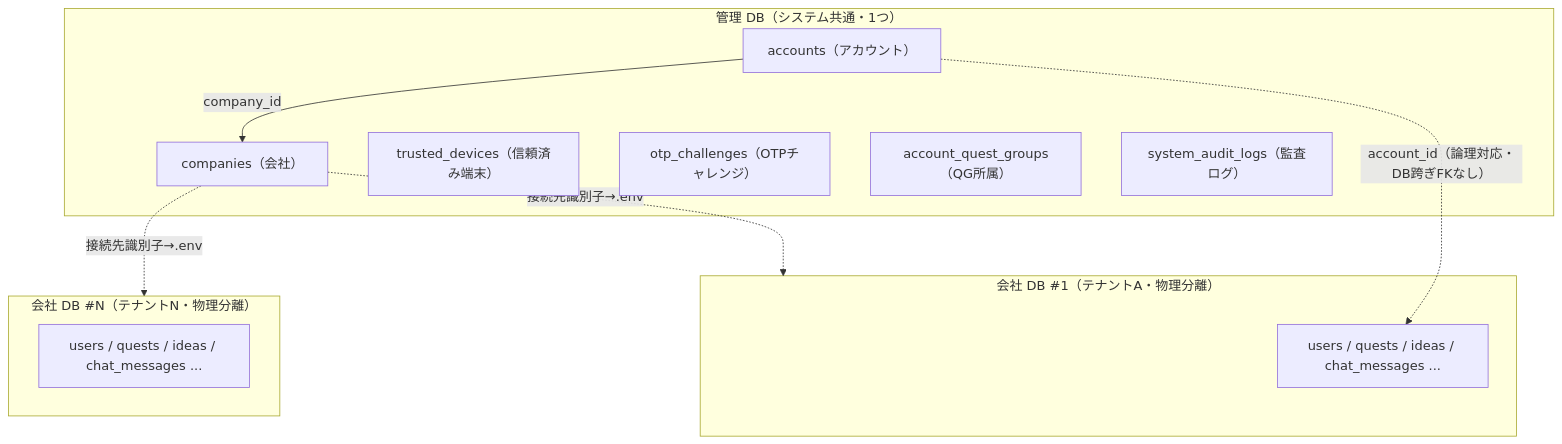
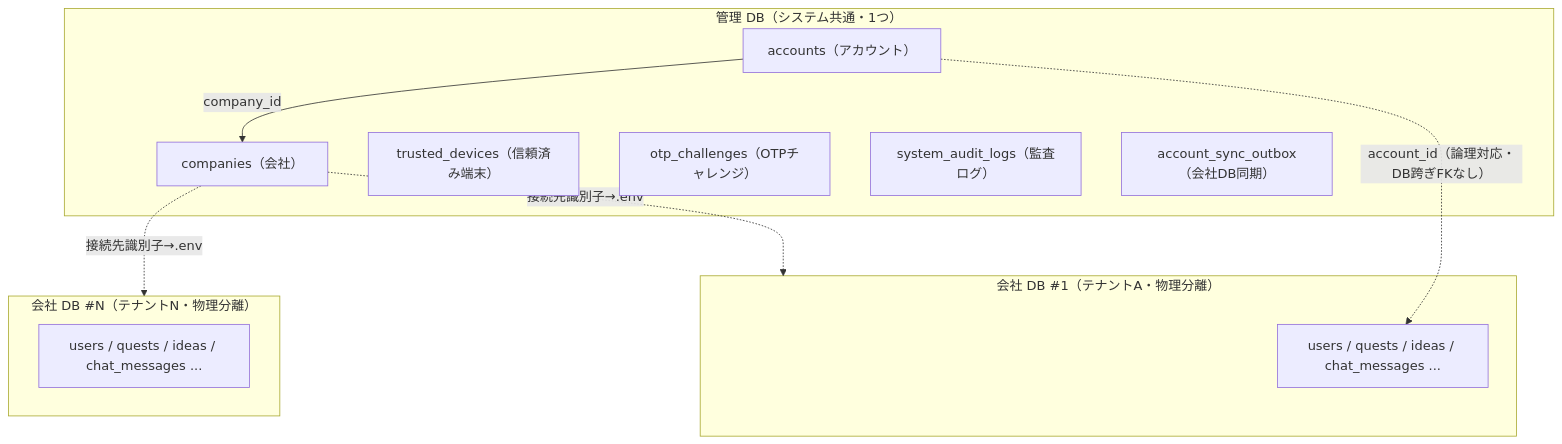
One commit to t-umekawa-sc/sc-ideaquest-G2 changed the first of 4 diagrams in doc/データモデル.md. Above: the diagram before and after it, drawn with Mermaid. The commit also changed other lines of this file and 4 other files, not shown here.

````diff
--- a/doc/データモデル.md
+++ b/doc/データモデル.md
@@ -35,21 +35,21 @@
 ```mermaid
 flowchart TB
   subgraph CP["管理 DB（システム共通・1つ）"]
     companies["companies（会社）"]
     accounts["accounts（アカウント）"]
     trusted_devices["trusted_devices（信頼済み端末）"]
     otp_challenges["otp_challenges（OTPチャレンジ）"]
-    account_quest_groups["account_quest_groups（QG所属）"]
     system_audit_logs["system_audit_logs（監査ログ）"]
+    account_sync_outbox["account_sync_outbox（会社DB同期）"]
   end
   subgraph DP1["会社 DB #1（テナントA・物理分離）"]
     UserA["users / quests / ideas / chat_messages ..."]
   end
   subgraph DP2["会社 DB #N（テナントN・物理分離）"]
     UserN["users / quests / ideas / chat_messages ..."]
   end
   accounts -->|company_id| companies
   companies -.->|接続先識別子→.env| DP1
   companies -.->|接続先識別子→.env| DP2
   accounts -.->|account_id（論理対応・DB跨ぎFKなし）| UserA
 ```
````
